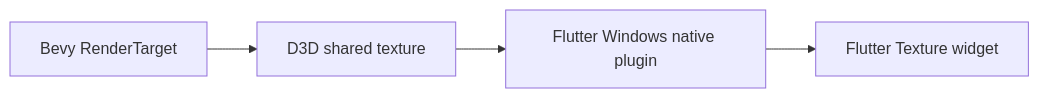
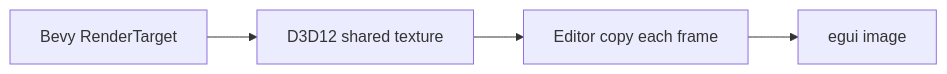
The third of 3 diagrams in docs/ARCHITECTURE.md (ski0090/besfa), drawn with Mermaid before and after one commit. The commit also changed other lines of this file and 18 other files, not shown here.

First line of the commit message:
Rewrite the editor in egui

````diff
--- a/docs/ARCHITECTURE.md
+++ b/docs/ARCHITECTURE.md
@@ -47,6 +47,6 @@
 ```mermaid
 flowchart LR
-    Bevy[Bevy RenderTarget] --> Shared[D3D shared texture]
-    Shared --> Plugin[Flutter Windows native plugin]
-    Plugin --> Texture[Flutter Texture widget]
+    Bevy[Bevy RenderTarget] --> Shared[D3D12 shared texture]
+    Shared --> Copy[Editor copy each frame]
+    Copy --> Image[egui image]
 ```
````
